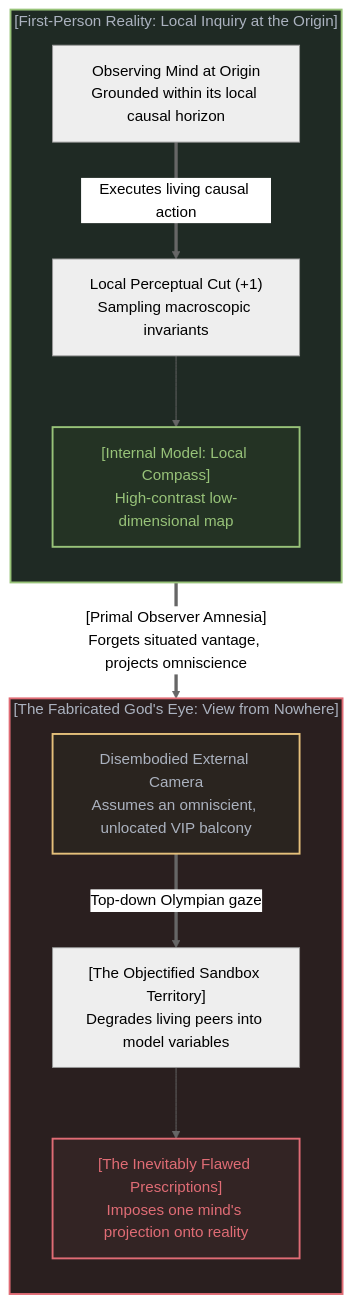
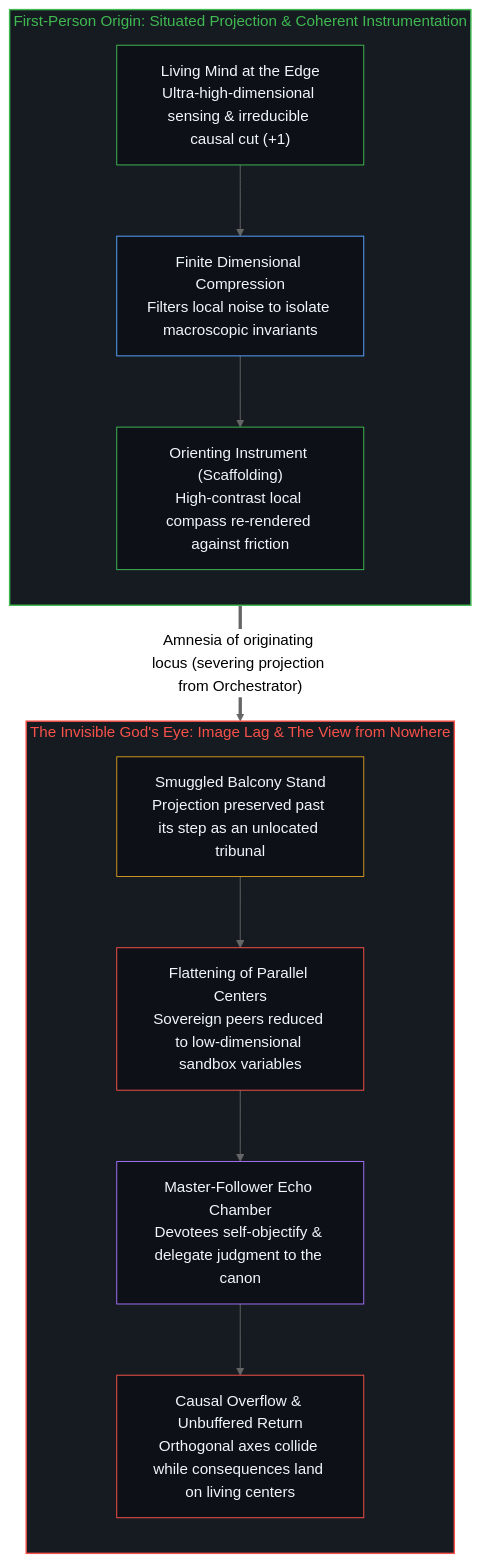
The second of 2 diagrams in content/posts/the-invisible-gods-eye.md (powerpig99/not-a-toe), drawn with Mermaid (neutral theme) before and after one commit. The commit also changed other lines of this file and 1 other file, not shown here.

Commit message:
Refine L2 #155: the-invisible-gods-eye (Wave 3)

````diff
--- a/content/posts/the-invisible-gods-eye.md
+++ b/content/posts/the-invisible-gods-eye.md
@@ -133,30 +69,31 @@
 ```mermaid
-graph TD
-    subgraph GroundReality["[First-Person Reality: Local Inquiry at the Origin]"]
+flowchart TD
+    subgraph S_Origin["First-Person Origin: Situated Projection & Coherent Instrumentation"]
         direction TB
-        ObserverNode["Observing Mind at Origin<br>Grounded within its local causal horizon"]
-        LocalHorizon["Local Perceptual Cut (+1)<br>Sampling macroscopic invariants"]
-        ModelCompass["[Internal Model: Local Compass]<br>High-contrast low-dimensional map"]
-
-        ObserverNode ==>|"Executes living causal action"| LocalHorizon
-        LocalHorizon --> ModelCompass
+        O_Mind["Living Mind at the Edge<br/>Ultra-high-dimensional sensing & irreducible causal cut (+1)"]
+        O_Comp["Finite Dimensional Compression<br/>Filters local noise to isolate macroscopic invariants"]
+        O_Tool["Orienting Instrument (Scaffolding)<br/>High-contrast local compass re-rendered against friction"]
+        O_Mind --> O_Comp --> O_Tool
     end
 
-    GroundReality ==>|"[Primal Observer Amnesia]<br>Forgets situated vantage, projects omniscience"| FloatingEye
-
-    subgraph FloatingEye["[The Fabricated God's Eye: View from Nowhere]"]
+    subgraph S_Inversion["The Invisible God's Eye: Image Lag & The View from Nowhere"]
         direction TB
-        GodVantage["Disembodied External Camera<br>Assumes an omniscient, unlocated VIP balcony"]
-        PawnField["[The Objectified Sandbox Territory]<br>Degrades living peers into model variables"]
-        Prescription["[The Inevitably Flawed Prescriptions]<br>Imposes one mind's projection onto reality"]
-
-        GodVantage ==>|"Top-down Olympian gaze"| PawnField
-        PawnField --> Prescription
+        I_Balcony["Smuggled Balcony Stand<br/>Projection preserved past its step as an unlocated tribunal"]
+        I_Flatten["Flattening of Parallel Centers<br/>Sovereign peers reduced to low-dimensional sandbox variables"]
+        I_Echo["Master-Follower Echo Chamber<br/>Devotees self-objectify & delegate judgment to the canon"]
+        I_Recoil["Causal Overflow & Unbuffered Return<br/>Orthogonal axes collide while consequences land on living centers"]
+        I_Balcony --> I_Flatten --> I_Echo --> I_Recoil
     end
 
-    style GroundReality fill:#1f2a24,stroke:#98c379,stroke-width:2px,color:#abb2bf
-    style FloatingEye fill:#2a1f1f,stroke:#e06c75,stroke-width:2px,color:#abb2bf
-    style ModelCompass fill:#243324,stroke:#98c379,stroke-width:2px,color:#98c379
-    style Prescription fill:#332424,stroke:#e06c75,stroke-width:2px,color:#e06c75
-    style GodVantage fill:#2a241f,stroke:#e5c07b,stroke-width:2px,color:#abb2bf
+    O_Tool ==>|"Amnesia of originating locus (severing projection from Orchestrator)"| I_Balcony
+
+    style S_Origin fill:#161b22,stroke:#3fb950,stroke-width:1.5px,color:#3fb950
+    style S_Inversion fill:#161b22,stroke:#f85149,stroke-width:1.5px,color:#f85149
+    style O_Mind fill:#0d1117,stroke:#3fb950,stroke-width:1px,color:#f0f6fc
+    style O_Comp fill:#0d1117,stroke:#58a6ff,stroke-width:1px,color:#f0f6fc
+    style O_Tool fill:#0d1117,stroke:#3fb950,stroke-width:1px,color:#f0f6fc
+    style I_Balcony fill:#0d1117,stroke:#d29922,stroke-width:1px,color:#f0f6fc
+    style I_Flatten fill:#0d1117,stroke:#f85149,stroke-width:1px,color:#f0f6fc
+    style I_Echo fill:#0d1117,stroke:#a371f7,stroke-width:1px,color:#f0f6fc
+    style I_Recoil fill:#0d1117,stroke:#f85149,stroke-width:1px,color:#f0f6fc
 ```
````
